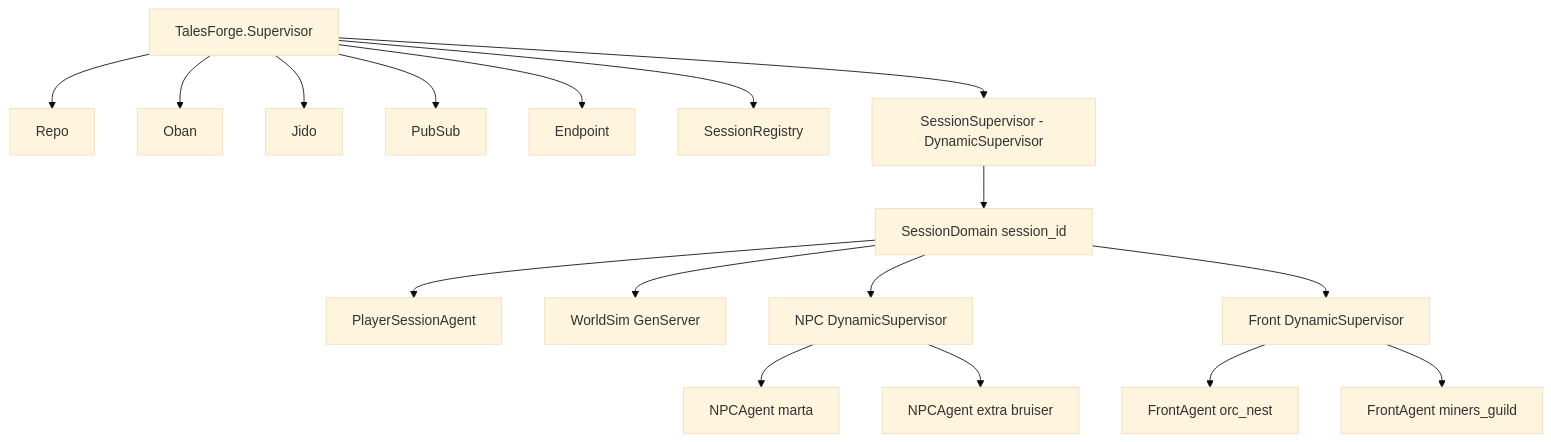
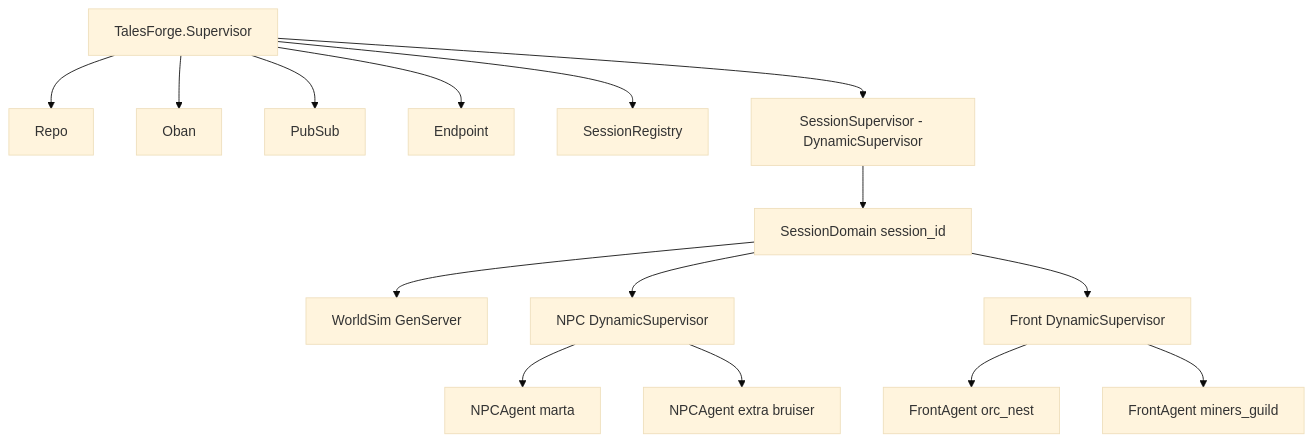
The third of 3 diagrams in docs/architecture.md (fpahlen/ex-tales-forge), drawn with Mermaid (base theme) before and after one commit. The commit also changed other lines of this file and 77 other files, not shown here.

First line of the commit message:
10f PR 3: retire PlayerSessionAgent and remove the jido dependency

````diff
--- a/docs/architecture.md
+++ b/docs/architecture.md
@@ -779,22 +786,20 @@
 ```mermaid
 flowchart TB
   App[TalesForge.Supervisor]
   App --> Repo
   App --> Oban
-  App --> Jido
   App --> PubSub
   App --> Endpoint
   App --> SR[SessionRegistry]
   App --> SSSup[SessionSupervisor - DynamicSupervisor]
 
   SSSup --> S1[SessionDomain session_id]
-  S1 --> PSA[PlayerSessionAgent]
   S1 --> WSim[WorldSim GenServer]
   S1 --> NPCSup[NPC DynamicSupervisor]
   S1 --> FrontSup[Front DynamicSupervisor]
 
   NPCSup --> N1[NPCAgent marta]
   NPCSup --> N2[NPCAgent extra bruiser]
   FrontSup --> F1[FrontAgent orc_nest]
   FrontSup --> F2[FrontAgent miners_guild]
 ```
````
